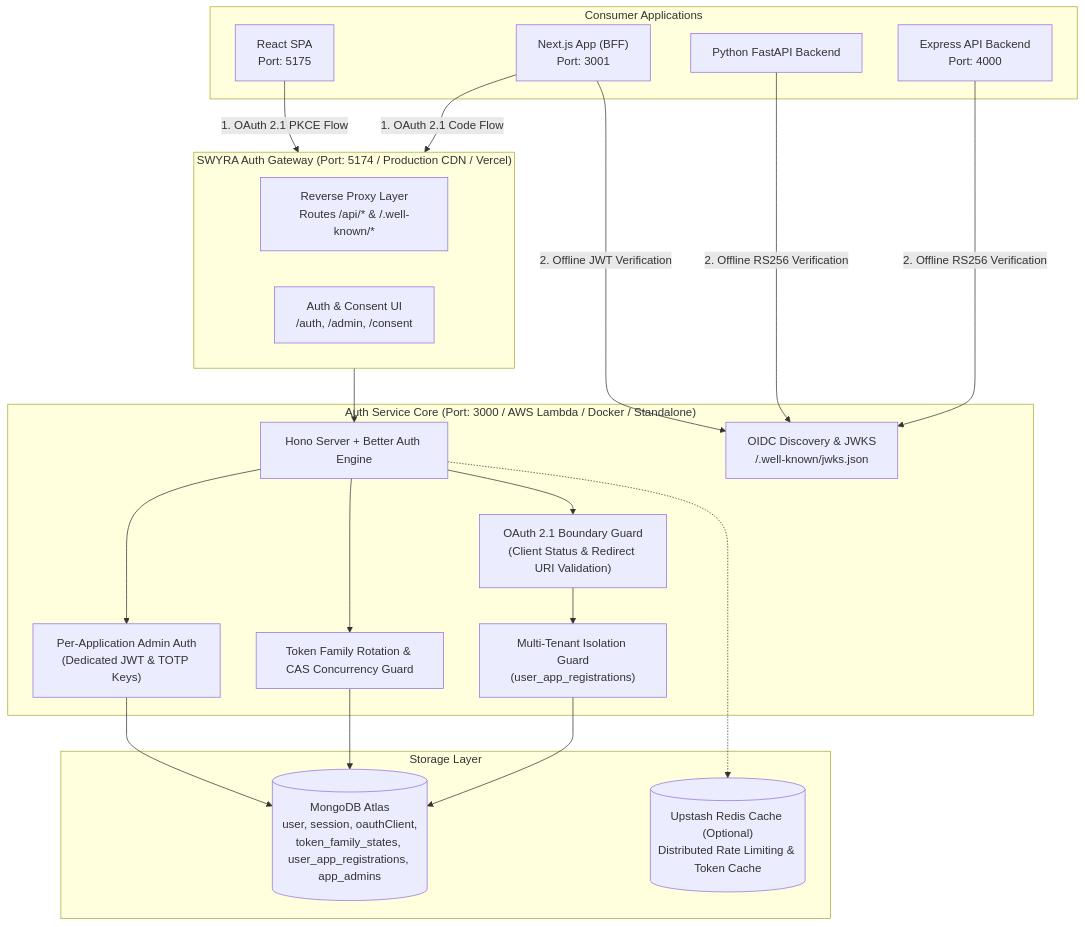
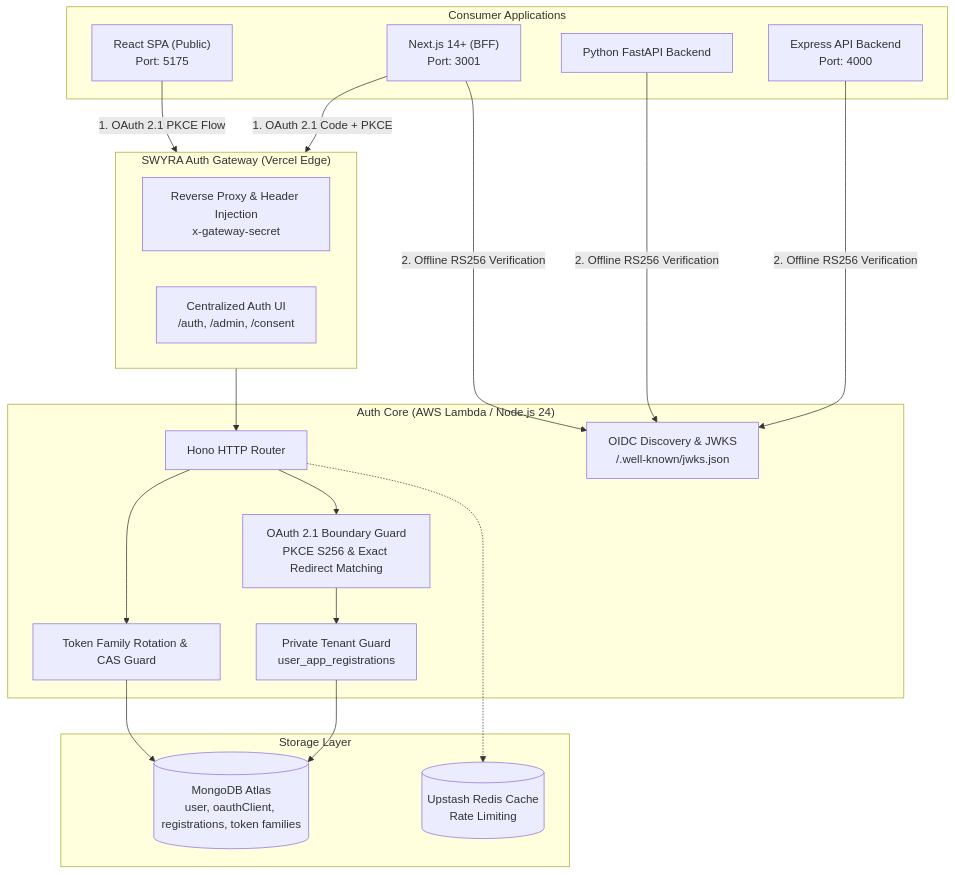
One commit to SGOD-pro/OAuth2.1 changed the diagram in README.md. Above: the diagram before and after it, drawn with Mermaid. The commit also changed other lines of this file and 28 other files, not shown here.

Commit message:
clean up and private, public auth resolve

````diff
--- a/README.md
+++ b/README.md
@@ -20,43 +23,40 @@
 ```mermaid
 flowchart TD
-    subgraph Clients["Consumer Applications"]
-        NextApp["Next.js App (BFF)<br/>Port: 3001"]
-        ReactApp["React SPA<br/>Port: 5175"]
+    subgraph Consumers["Consumer Applications"]
+        NextApp["Next.js 14+ (BFF)<br/>Port: 3001"]
+        ReactApp["React SPA (Public)<br/>Port: 5175"]
         ExpressApp["Express API Backend<br/>Port: 4000"]
         FastAPIApp["Python FastAPI Backend"]
     end
 
-    subgraph Gateway["SWYRA Auth Gateway (Port: 5174 / Production CDN / Vercel)"]
-        ViteProxy["Reverse Proxy Layer<br/>Routes /api/* & /.well-known/*"]
-        AuthUI["Auth & Consent UI<br/>/auth, /admin, /consent"]
+    subgraph Edge["SWYRA Auth Gateway (Vercel Edge)"]
+        VercelEdge["Reverse Proxy & Header Injection<br/>x-gateway-secret"]
+        AuthUI["Centralized Auth UI<br/>/auth, /admin, /consent"]
     end
 
-    subgraph Core["Auth Service Core (Port: 3000 / AWS Lambda / Docker / Standalone)"]
-        HonoApp["Hono Server + Better Auth Engine"]
-        OAuthBoundary["OAuth 2.1 Boundary Guard<br/>(Client Status & Redirect URI Validation)"]
-        AppIsolation["Multi-Tenant Isolation Guard<br/>(user_app_registrations)"]
-        TokenFamily["Token Family Rotation & CAS Concurrency Guard"]
-        AppAdminService["Per-Application Admin Auth<br/>(Dedicated JWT & TOTP Keys)"]
-        JWKSEndpoint["OIDC Discovery & JWKS<br/>/.well-known/jwks.json"]
+    subgraph Core["Auth Core (AWS Lambda / Node.js 24)"]
+        HonoApp["Hono HTTP Router"]
+        OAuthBoundary["OAuth 2.1 Boundary Guard<br/>PKCE S256 & Exact Redirect Matching"]
+        TenantGuard["Private Tenant Guard<br/>user_app_registrations"]
+        TokenEngine["Token Family Rotation & CAS Guard"]
+        JWKSEngine["OIDC Discovery & JWKS<br/>/.well-known/jwks.json"]
     end
 
-    subgraph Data["Storage Layer"]
-        MongoDB[("MongoDB Atlas<br/>user, session, oauthClient,<br/>token_family_states, user_app_registrations, app_admins")]
-        Redis[("Upstash Redis Cache (Optional)<br/>Distributed Rate Limiting & Token Cache")]
+    subgraph Persistence["Storage Layer"]
+        MongoDB[("MongoDB Atlas<br/>user, oauthClient, registrations, token families")]
+        Redis[("Upstash Redis Cache<br/>Rate Limiting")]
     end
 
-    NextApp -- "1. OAuth 2.1 Code Flow" --> Gateway
-    ReactApp -- "1. OAuth 2.1 PKCE Flow" --> Gateway
-    Gateway --> HonoApp
+    NextApp -- "1. OAuth 2.1 Code + PKCE" --> Edge
+    ReactApp -- "1. OAuth 2.1 PKCE Flow" --> Edge
+    Edge --> HonoApp
     HonoApp --> OAuthBoundary
-    OAuthBoundary --> AppIsolation
-    HonoApp --> TokenFamily
-    AppIsolation --> MongoDB
-    TokenFamily --> MongoDB
-    HonoApp --> AppAdminService
-    AppAdminService --> MongoDB
+    OAuthBoundary --> TenantGuard
+    TenantGuard --> MongoDB
+    HonoApp --> TokenEngine
+    TokenEngine --> MongoDB
     HonoApp -.-> Redis
-    ExpressApp -- "2. Offline RS256 Verification" --> JWKSEndpoint
-    FastAPIApp -- "2. Offline RS256 Verification" --> JWKSEndpoint
-    NextApp -- "2. Offline JWT Verification" --> JWKSEndpoint
+    ExpressApp -- "2. Offline RS256 Verification" --> JWKSEngine
+    FastAPIApp -- "2. Offline RS256 Verification" --> JWKSEngine
+    NextApp -- "2. Offline RS256 Verification" --> JWKSEngine
 ```
````
